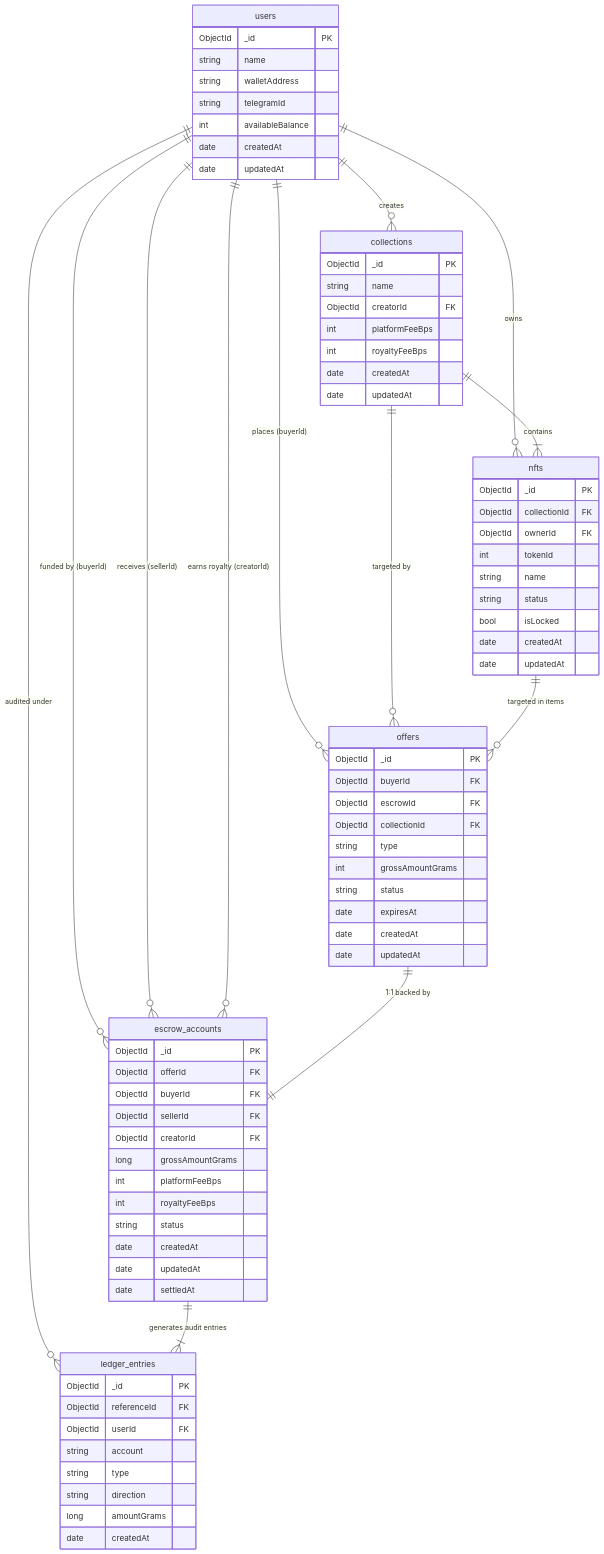
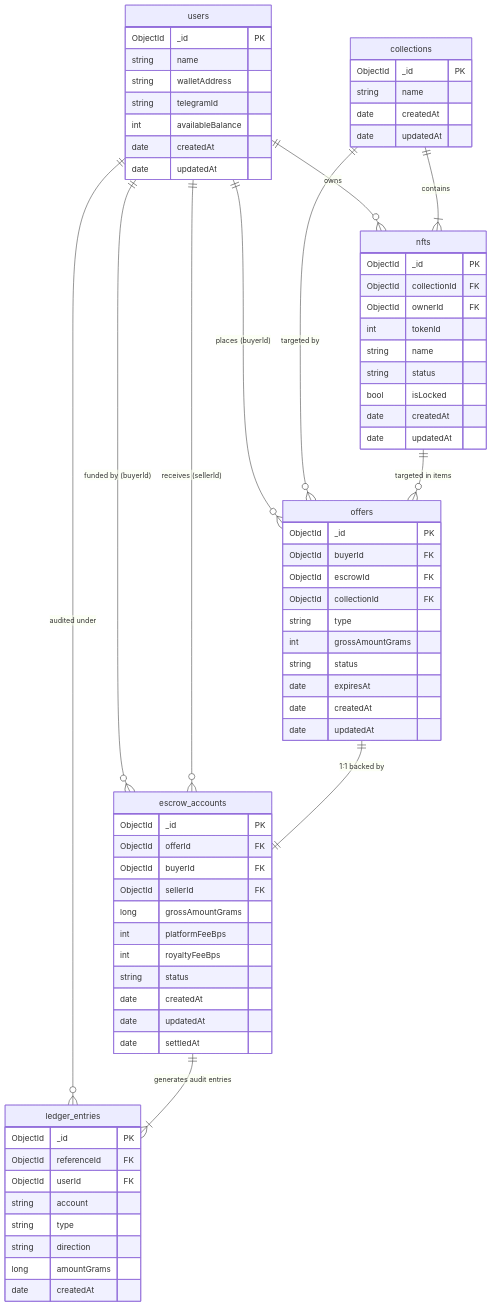
Before and after one commit to zas512/nft-offers-module: the diagram in erd.mermaid, drawn with Mermaid. The commit also changed 10 other files, not shown here.

```diff
--- a/erd.mermaid
+++ b/erd.mermaid
@@ -1,88 +1,82 @@
 erDiagram
-    users ||--o{ collections : "creates"
     users ||--o{ nfts : "owns"
     users ||--o{ offers : "places (buyerId)"
     users ||--o{ escrow_accounts : "funded by (buyerId)"
     users ||--o{ escrow_accounts : "receives (sellerId)"
-    users ||--o{ escrow_accounts : "earns royalty (creatorId)"
     users ||--o{ ledger_entries : "audited under"
 
     collections ||--|{ nfts : "contains"
     collections ||--o{ offers : "targeted by"
 
     nfts ||--o{ offers : "targeted in items"
 
     offers ||--|| escrow_accounts : "1:1 backed by"
 
     escrow_accounts ||--|{ ledger_entries : "generates audit entries"
 
     users {
         ObjectId _id PK
         string name
         string walletAddress
         string telegramId
         int availableBalance
         date createdAt
         date updatedAt
     }
 
     collections {
         ObjectId _id PK
         string name
-        ObjectId creatorId FK
-        int platformFeeBps
-        int royaltyFeeBps
         date createdAt
         date updatedAt
     }
 
     nfts {
         ObjectId _id PK
         ObjectId collectionId FK
         ObjectId ownerId FK
         int tokenId
         string name
         string status
         bool isLocked
         date createdAt
         date updatedAt
     }
 
     offers {
         ObjectId _id PK
         ObjectId buyerId FK
         ObjectId escrowId FK
         ObjectId collectionId FK
         string type
         int grossAmountGrams
         string status
         date expiresAt
         date createdAt
         date updatedAt
     }
 
     escrow_accounts {
         ObjectId _id PK
         ObjectId offerId FK
         ObjectId buyerId FK
         ObjectId sellerId FK
-        ObjectId creatorId FK
         long grossAmountGrams
         int platformFeeBps
         int royaltyFeeBps
         string status
         date createdAt
         date updatedAt
         date settledAt
     }
 
     ledger_entries {
         ObjectId _id PK
         ObjectId referenceId FK
         ObjectId userId FK
         string account
         string type
         string direction
         long amountGrams
         date createdAt
     }
```
